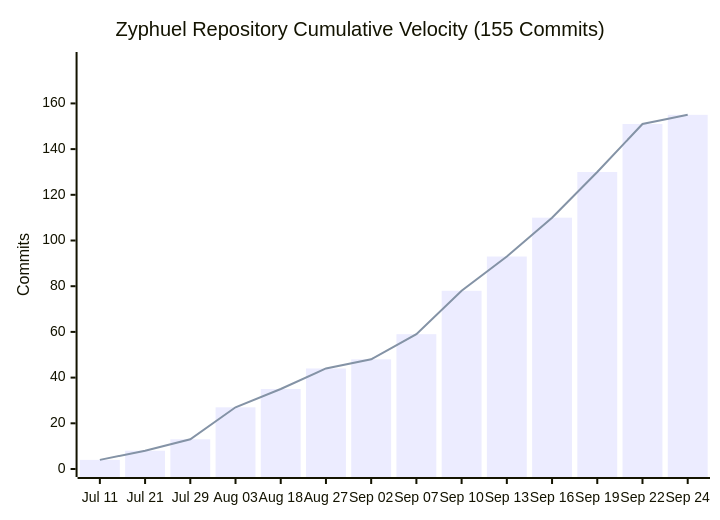
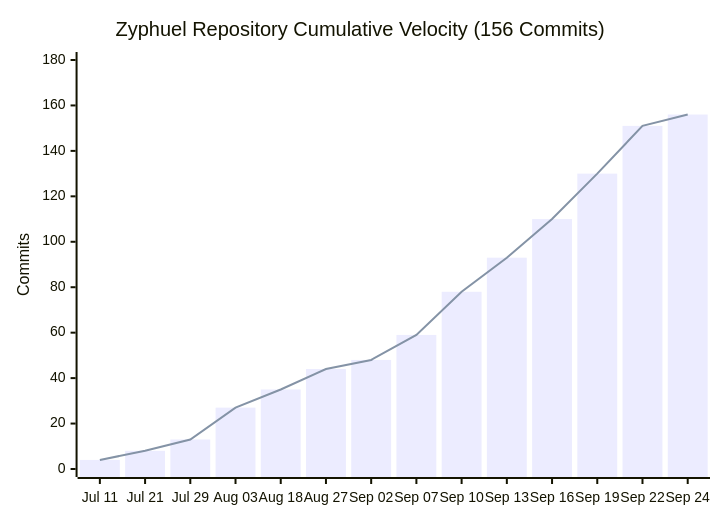
One commit to daniyal44/Zyphuel changed the diagram in README.md. Above: the diagram before and after it, drawn with Mermaid. The commit also changed other lines of this file and 14 other files, not shown here.

````diff
--- a/README.md
+++ b/README.md
@@ -30,8 +155,8 @@
 ```mermaid
 xychart-beta
-    title "Zyphuel Repository Cumulative Velocity (155 Commits)"
+    title "Zyphuel Repository Cumulative Velocity (156 Commits)"
     x-axis ["Jul 11", "Jul 21", "Jul 29", "Aug 03", "Aug 18", "Aug 27", "Sep 02", "Sep 07", "Sep 10", "Sep 13", "Sep 16", "Sep 19", "Sep 22", "Sep 24"]
-    y-axis "Commits" 0 --> 179
-    bar [4, 8, 13, 27, 35, 44, 48, 59, 78, 93, 110, 130, 151, 155]
-    line [4, 8, 13, 27, 35, 44, 48, 59, 78, 93, 110, 130, 151, 155]
+    y-axis "Commits" 0 --> 180
+    bar [4, 8, 13, 27, 35, 44, 48, 59, 78, 93, 110, 130, 151, 156]
+    line [4, 8, 13, 27, 35, 44, 48, 59, 78, 93, 110, 130, 151, 156]
 ```
````
